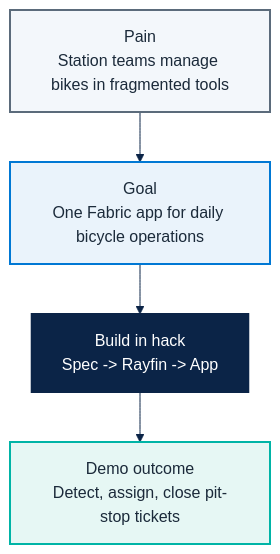
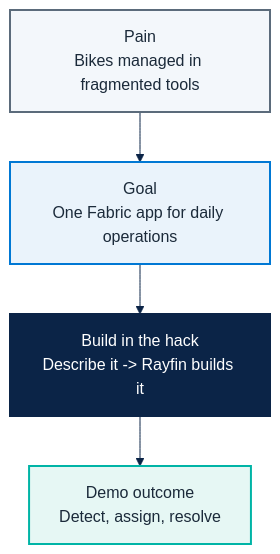
One commit to fredgis/FY27FabricMotion changed the diagram in docs/microhack-1-business-apps-workbook.md. Above: the diagram before and after it, drawn with Mermaid. The commit also changed other lines of this file and 3 other files, not shown here.

First line of the commit message:
docs: make both workbooks didactic and fix PDF layout (tables, centered diagrams, framed images)

````diff
--- a/docs/microhack-1-business-apps-workbook.md
+++ b/docs/microhack-1-business-apps-workbook.md
@@ -36,21 +46,14 @@
 ```mermaid
 %%{init: {'theme':'base','themeVariables':{
-  'primaryColor':'#EAF3FB',
-  'primaryTextColor':'#1B2A3A',
-  'primaryBorderColor':'#0078D4',
-  'lineColor':'#0B2447',
-  'secondaryColor':'#E6F7F4'
-}}}%%
+  'primaryColor':'#EAF3FB','primaryTextColor':'#1B2A3A',
+  'primaryBorderColor':'#0078D4','lineColor':'#0B2447','secondaryColor':'#E6F7F4'}}}%%
 flowchart TB
-    P["Pain<br/>Station teams manage bikes in fragmented tools"] --> G["Goal<br/>One Fabric app for daily bicycle operations"]
-    G --> B["Build in hack<br/>Spec -> Rayfin -> App"]
-    B --> D["Demo outcome<br/>Detect, assign, close pit-stop tickets"]
+    P["Pain<br/>Bikes managed in fragmented tools"] --> G["Goal<br/>One Fabric app for daily operations"]
+    G --> B["Build in the hack<br/>Describe it -> Rayfin builds it"]
+    B --> D["Demo outcome<br/>Detect, assign, resolve"]
     classDef p fill:#F3F7FB,stroke:#5B6B7B,color:#1B2A3A,stroke-width:2px;
     classDef g fill:#EAF3FB,stroke:#0078D4,color:#1B2A3A,stroke-width:2px;
     classDef b fill:#0B2447,stroke:#0B2447,color:#FFFFFF,stroke-width:2px;
     classDef d fill:#E6F7F4,stroke:#00B4A6,color:#1B2A3A,stroke-width:2px;
-    class P p;
-    class G g;
-    class B b;
-    class D d;
+    class P p; class G g; class B b; class D d;
 ```
````
